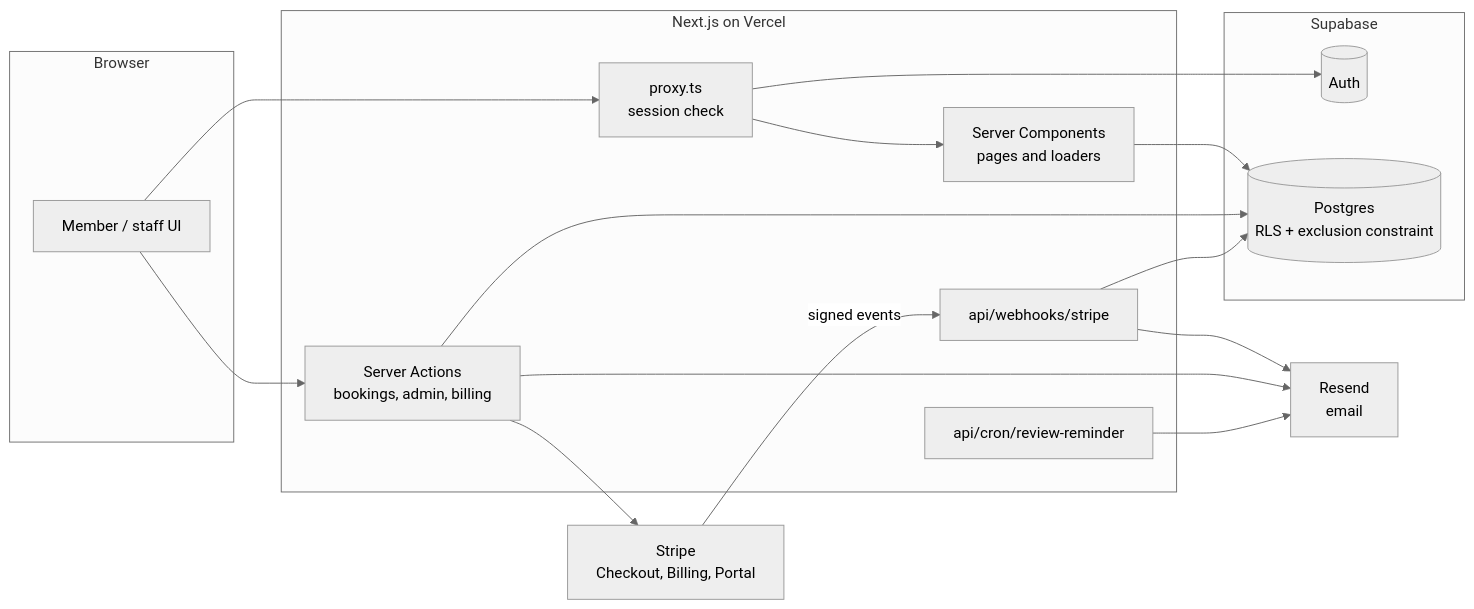
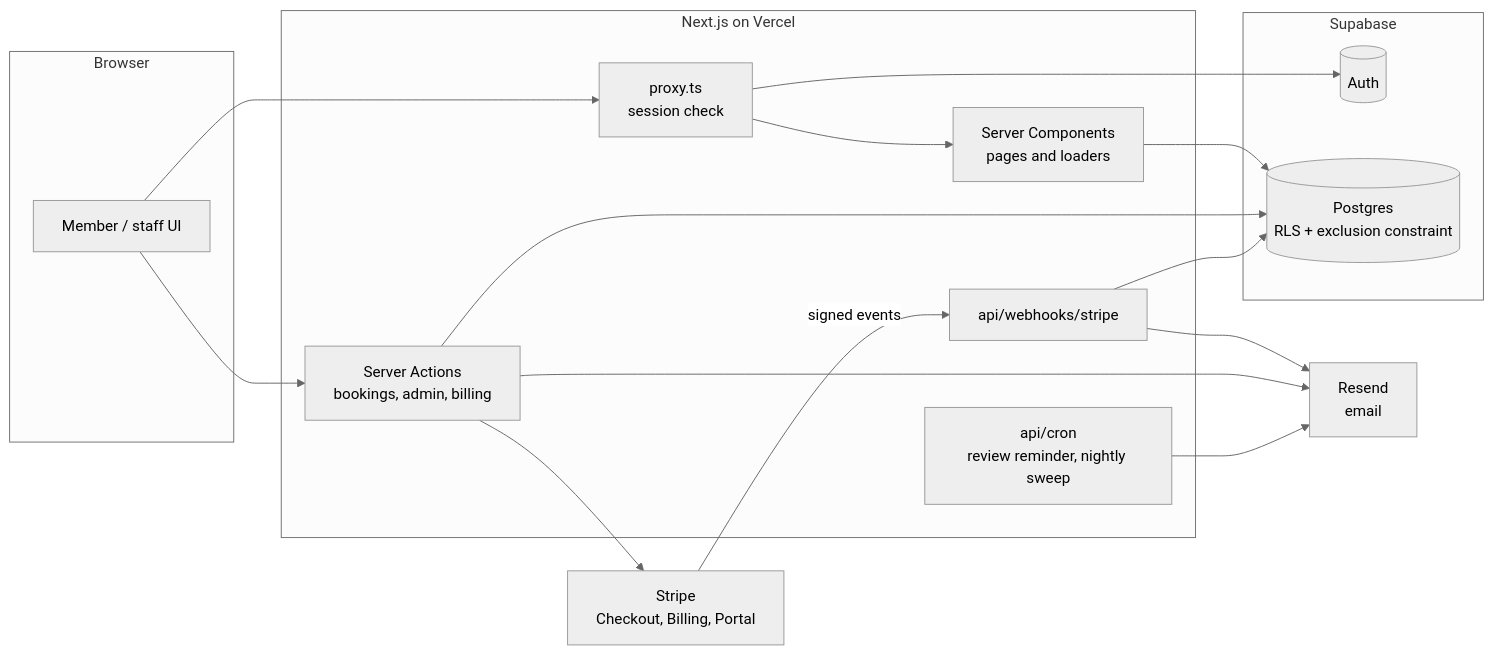
One commit to DrBoz1/Inspire9Hub changed the diagram in README.md. Above: the diagram before and after it, drawn with Mermaid (neutral theme). The commit also changed other lines of this file, not shown here.

Commit message:
readme: the failure screens, the sweep, the health check and the smoke test

````diff
--- a/README.md
+++ b/README.md
@@ -89,33 +89,33 @@
 ```mermaid
 flowchart LR
     subgraph Browser
       M[Member / staff UI]
     end
 
     subgraph Next["Next.js on Vercel"]
       P[proxy.ts<br/>session check]
       RSC[Server Components<br/>pages and loaders]
       SA[Server Actions<br/>bookings, admin, billing]
       WH["api/webhooks/stripe"]
-      CR["api/cron/review-reminder"]
+      CR["api/cron<br/>review reminder, nightly sweep"]
     end
 
     subgraph Supabase
       AUTH[(Auth)]
       DB[(Postgres<br/>RLS + exclusion constraint)]
     end
 
     STRIPE[Stripe<br/>Checkout, Billing, Portal]
     RESEND[Resend<br/>email]
 
     M --> P --> RSC
     M --> SA
     RSC --> DB
     SA --> DB
     SA --> STRIPE
     P --> AUTH
     STRIPE -- signed events --> WH --> DB
     WH --> RESEND
     SA --> RESEND
     CR --> RESEND
 ```
````
